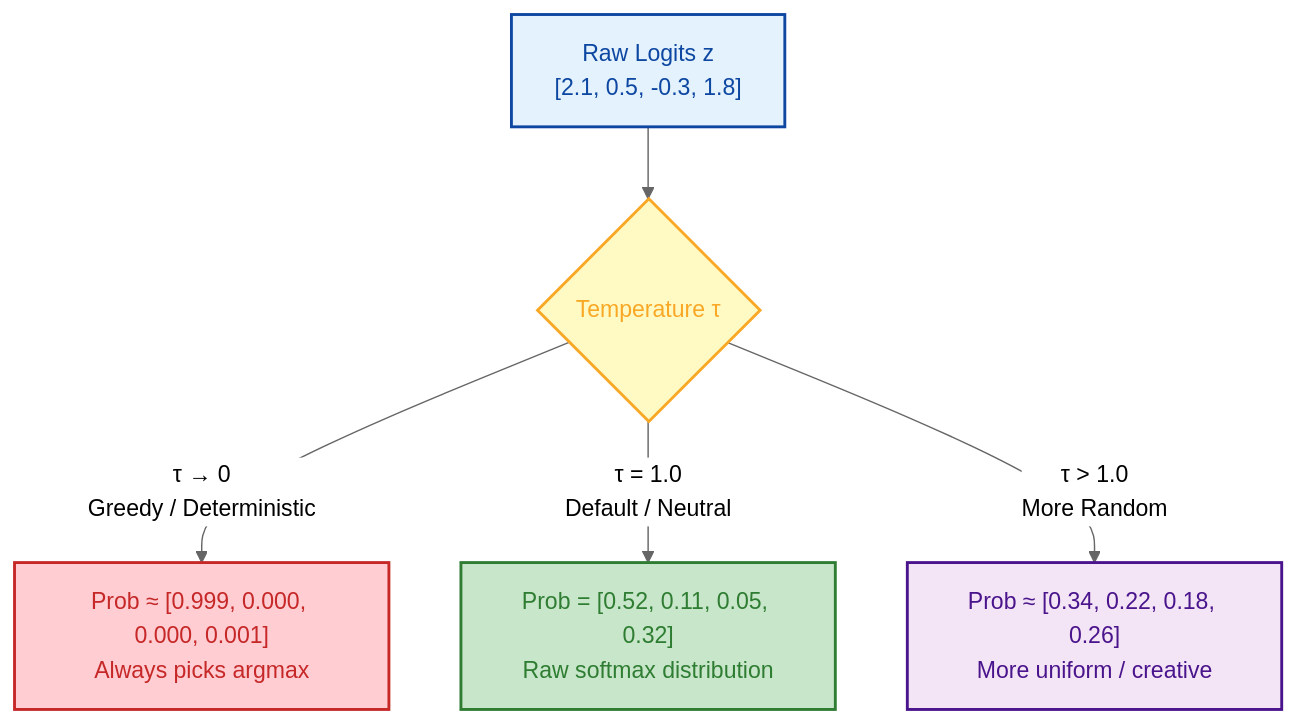
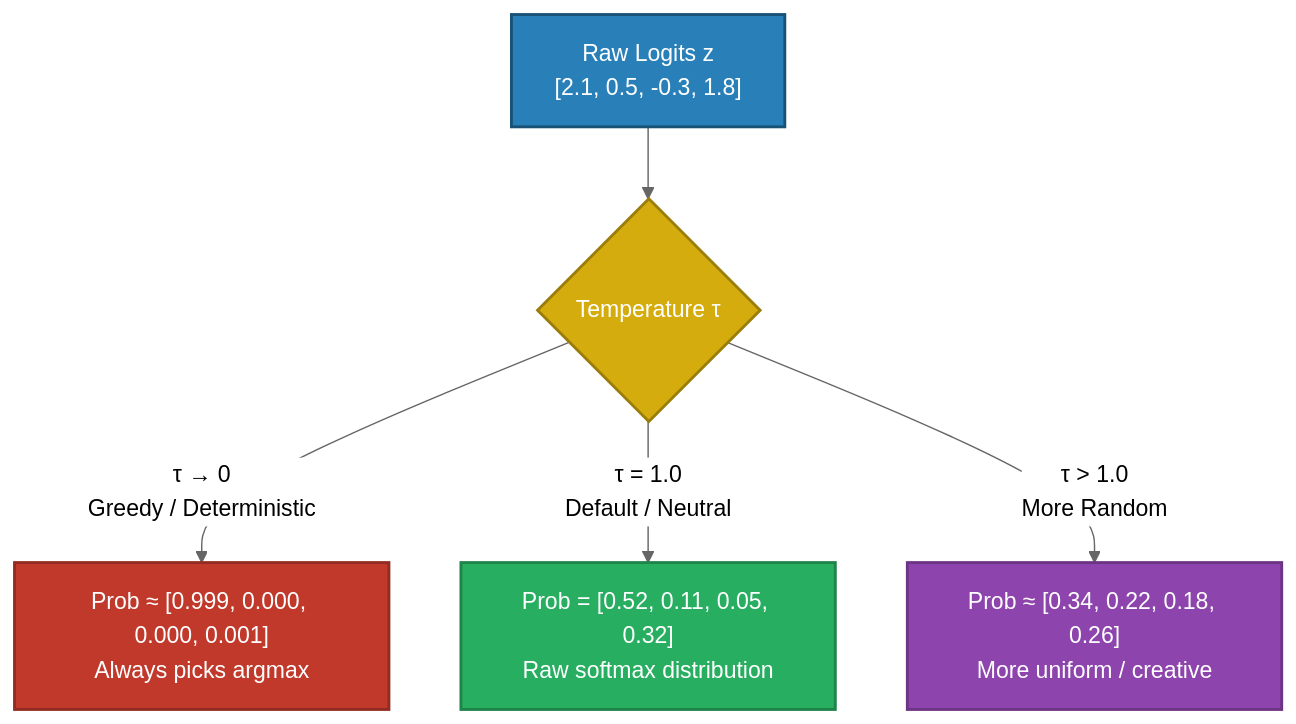
The fifth of 7 diagrams in docs/01-prompt-engineering/README.md (GyanendraChaubey/AI-Engineering-Notes), drawn with Mermaid (neutral theme) before and after one commit. The commit also changed other lines of this file and 15 other files, not shown here.

Commit message:
style: replace all Mermaid diagram colors with saturated palette + white text for dark mode compatibility (321 changes across 16 files)

````diff
--- a/docs/01-prompt-engineering/README.md
+++ b/docs/01-prompt-engineering/README.md
@@ -376,12 +376,12 @@
 ```mermaid
 graph TD
     A["Raw Logits z\n[2.1, 0.5, -0.3, 1.8]"] --> B{"Temperature τ"}
     B -->|"τ → 0\nGreedy / Deterministic"| C["Prob ≈ [0.999, 0.000, 0.000, 0.001]\nAlways picks argmax"]
     B -->|"τ = 1.0\nDefault / Neutral"| D["Prob = [0.52, 0.11, 0.05, 0.32]\nRaw softmax distribution"]
     B -->|"τ > 1.0\nMore Random"| E["Prob ≈ [0.34, 0.22, 0.18, 0.26]\nMore uniform / creative"]
-    style A fill:#e3f2fd,stroke:#0d47a1,stroke-width:2px,color:#0d47a1
-    style B fill:#fff9c4,stroke:#f9a825,stroke-width:2px,color:#f9a825
-    style C fill:#ffcdd2,stroke:#c62828,stroke-width:2px,color:#c62828
-    style D fill:#c8e6c9,stroke:#2e7d32,stroke-width:2px,color:#2e7d32
-    style E fill:#f3e5f5,stroke:#4a148c,stroke-width:2px,color:#4a148c
+    style A fill:#2980B9,stroke:#1A5276,stroke-width:2px,color:#FFFFFF
+    style B fill:#D4AC0D,stroke:#9A7D0A,stroke-width:2px,color:#FFFFFF
+    style C fill:#C0392B,stroke:#922B21,stroke-width:2px,color:#FFFFFF
+    style D fill:#27AE60,stroke:#1E8449,stroke-width:2px,color:#FFFFFF
+    style E fill:#8E44AD,stroke:#6C3483,stroke-width:2px,color:#FFFFFF
 ```
````
